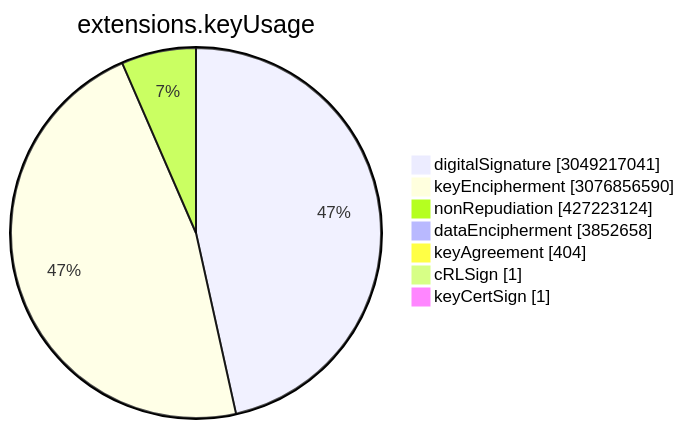
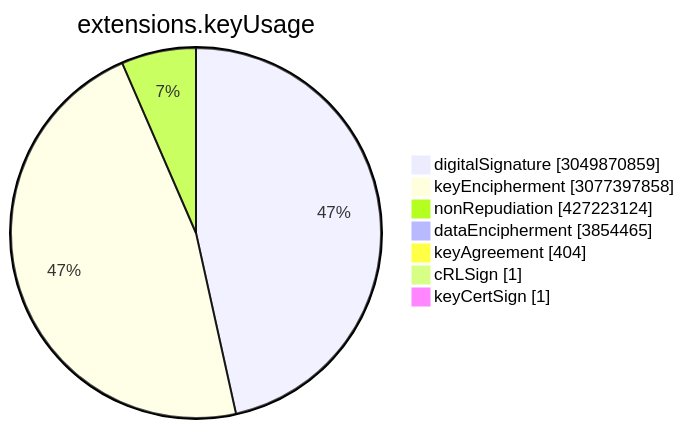
The sixth of 15 diagrams in TOTAL/README.md (christiankrug/ctmonitor_visualization), drawn with Mermaid before and after one commit. The commit also changed other lines of this file, not shown here.

````diff
--- a/TOTAL/README.md
+++ b/TOTAL/README.md
@@ -3077,11 +3077,11 @@
 ```mermaid
 pie showData
 title extensions.keyUsage
-"digitalSignature" :3049217041
-"keyEncipherment" :3076856590
+"digitalSignature" :3049870859
+"keyEncipherment" :3077397858
 "nonRepudiation" :427223124
-"dataEncipherment" :3852658
+"dataEncipherment" :3854465
 "keyAgreement" :404
 "cRLSign" :1
 "keyCertSign" :1
 ```
````
